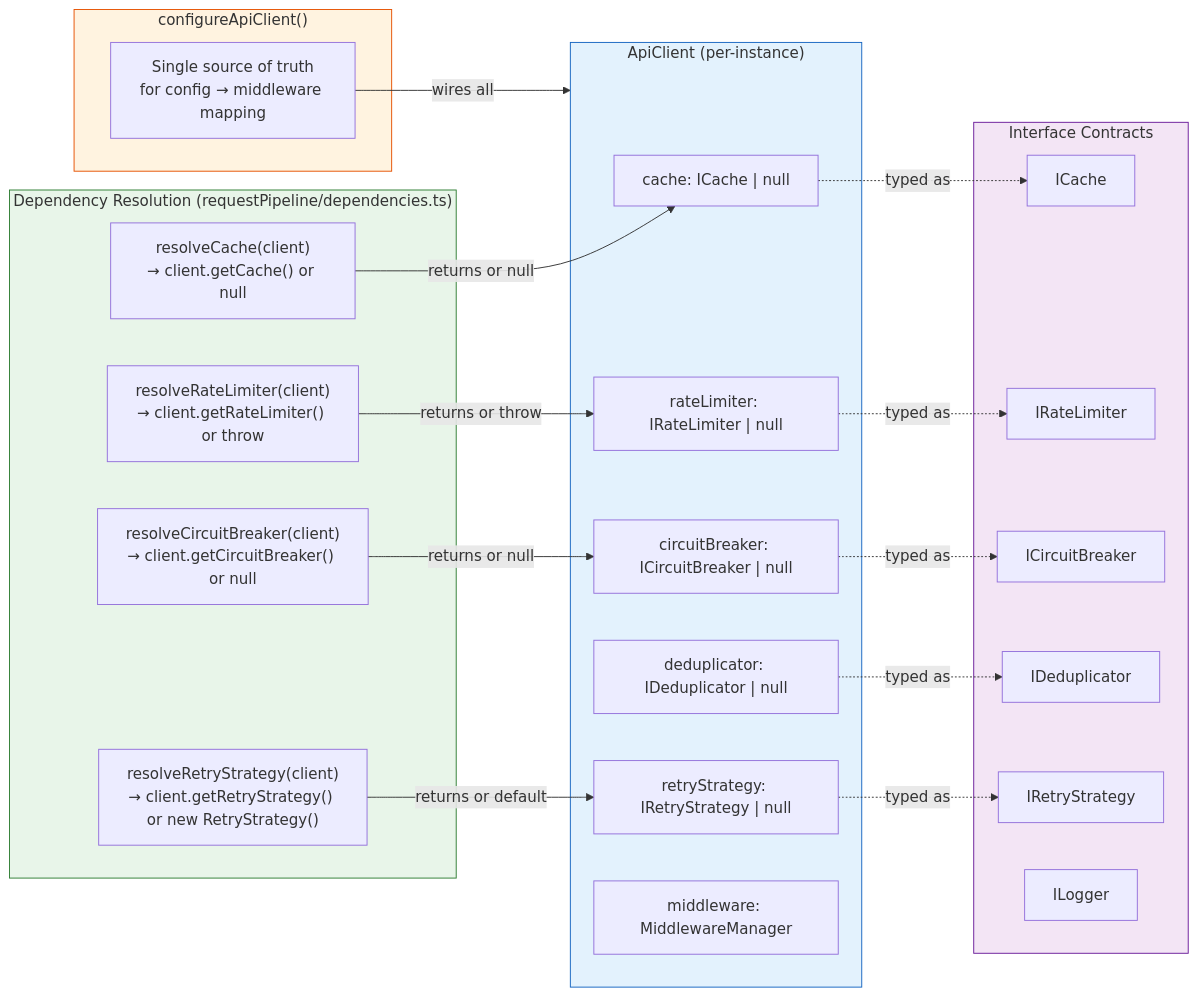
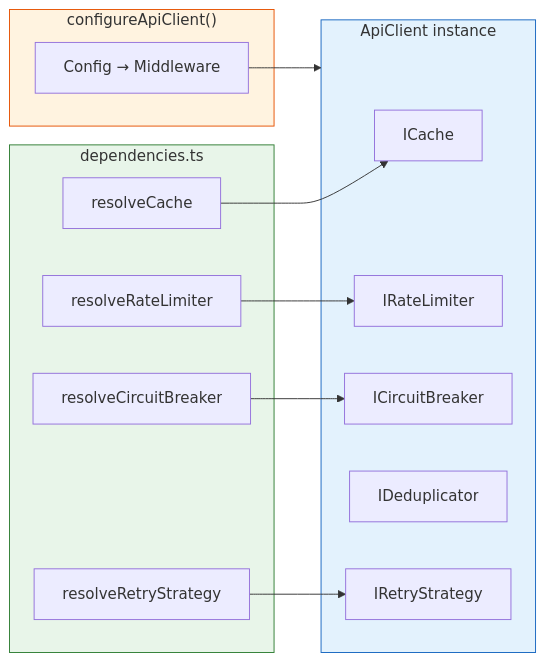
Before and after one commit to lgriffin/ESI.ts: the eighth of 18 diagrams in guides/ARCHITECTURE.md, drawn with Mermaid. The commit also changed other lines of this file, not shown here.

First line of the commit message:
docs: fix sequence diagram rendering and enrich architecture prose

````diff
--- a/guides/ARCHITECTURE.md
+++ b/guides/ARCHITECTURE.md
@@ -482,49 +458,31 @@
 ```mermaid
-graph LR
-    subgraph ConfigFactory["configureApiClient()"]
-        Wire["Single source of truth<br/>for config → middleware mapping"]
+flowchart LR
+    subgraph ConfigFactory ["configureApiClient()"]
+        Wire["Config → Middleware"]
     end
 
-    subgraph ApiClient["ApiClient (per-instance)"]
-        ClientCache["cache: ICache | null"]
-        ClientRL["rateLimiter: IRateLimiter | null"]
-        ClientCB["circuitBreaker: ICircuitBreaker | null"]
-        ClientDedup["deduplicator: IDeduplicator | null"]
-        ClientRetry["retryStrategy: IRetryStrategy | null"]
-        ClientMW["middleware: MiddlewareManager"]
+    subgraph Client ["ApiClient instance"]
+        cache["ICache"]
+        rl["IRateLimiter"]
+        cb["ICircuitBreaker"]
+        dedup["IDeduplicator"]
+        retry["IRetryStrategy"]
     end
 
-    subgraph Resolution["Dependency Resolution (requestPipeline/dependencies.ts)"]
-        ResolveCache["resolveCache(client)<br/>→ client.getCache() or null"]
-        ResolveRL["resolveRateLimiter(client)<br/>→ client.getRateLimiter() or throw"]
-        ResolveCB["resolveCircuitBreaker(client)<br/>→ client.getCircuitBreaker() or null"]
-        ResolveRetry["resolveRetryStrategy(client)<br/>→ client.getRetryStrategy() or new RetryStrategy()"]
+    subgraph Resolution ["dependencies.ts"]
+        rc["resolveCache"]
+        rr["resolveRateLimiter"]
+        rcb["resolveCircuitBreaker"]
+        rrt["resolveRetryStrategy"]
     end
 
-    subgraph Interfaces["Interface Contracts"]
-        ICache["ICache"]
-        IRateLimiter["IRateLimiter"]
-        ICB["ICircuitBreaker"]
-        IDedup["IDeduplicator"]
-        IRetry["IRetryStrategy"]
-        ILogger["ILogger"]
-    end
+    Wire --> Client
+    rc --> cache
+    rr --> rl
+    rcb --> cb
+    rrt --> retry
 
-    Wire -->|"wires all"| ApiClient
-
-    ResolveCache -->|"returns or null"| ClientCache
-    ResolveRL -->|"returns or throw"| ClientRL
-    ResolveCB -->|"returns or null"| ClientCB
-    ResolveRetry -->|"returns or default"| ClientRetry
-
-    ClientCache -.->|typed as| ICache
-    ClientRL -.->|typed as| IRateLimiter
-    ClientCB -.->|typed as| ICB
-    ClientDedup -.->|typed as| IDedup
-    ClientRetry -.->|typed as| IRetry
-
-    style Interfaces fill:#f3e5f5,stroke:#6a1b9a
+    style ConfigFactory fill:#fff3e0,stroke:#e65100
+    style Client fill:#e3f2fd,stroke:#1565c0
     style Resolution fill:#e8f5e9,stroke:#2e7d32
-    style ApiClient fill:#e3f2fd,stroke:#1565c0
-    style ConfigFactory fill:#fff3e0,stroke:#e65100
 ```
````
